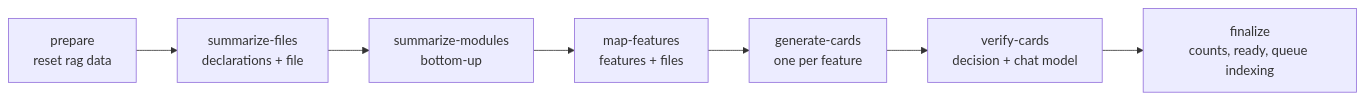
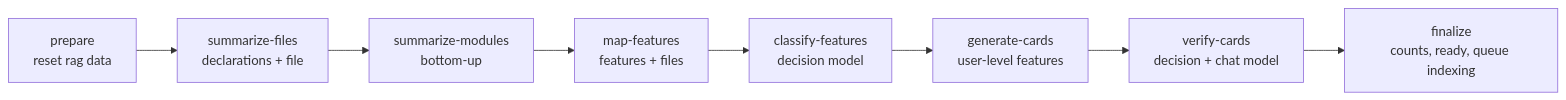
Before and after one commit to CalogeroPisano/rag-generator-app: the seventh of 15 diagrams in docs/flows.md, drawn with Mermaid. The commit also changed other lines of this file and 24 other files, not shown here.

First line of the commit message:
feat: skip cards of technical features with a decision model triage

````diff
--- a/docs/flows.md
+++ b/docs/flows.md
@@ -179,7 +179,7 @@
 ```mermaid
 flowchart LR
   prepare["prepare<br/>reset rag data"] --> files["summarize-files<br/>declarations + file"]
   files --> modules["summarize-modules<br/>bottom-up"] --> map["map-features<br/>features + files"]
-  map --> cards["generate-cards<br/>one per feature"] --> verify["verify-cards<br/>decision + chat model"]
+  map --> triage["classify-features<br/>decision model"] --> cards["generate-cards<br/>user-level features"] --> verify["verify-cards<br/>decision + chat model"]
   verify --> finalize["finalize<br/>counts, ready, queue indexing"]
 ```
````
